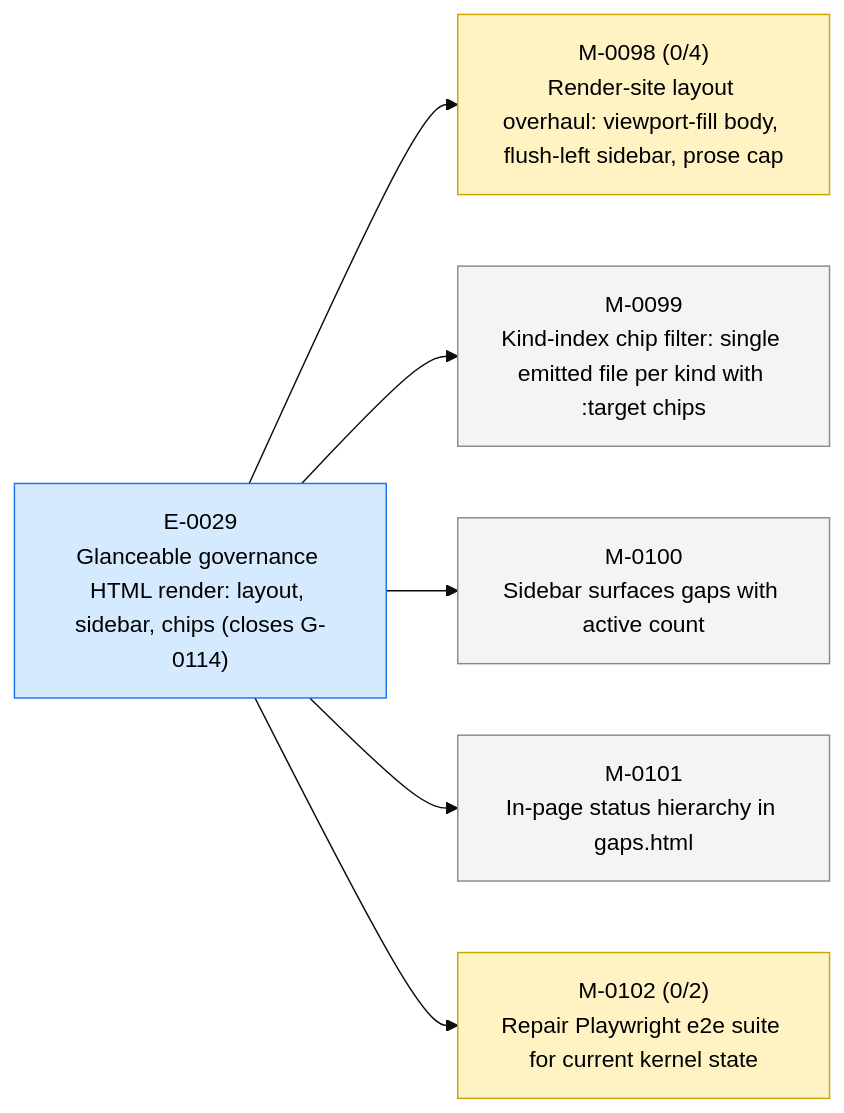
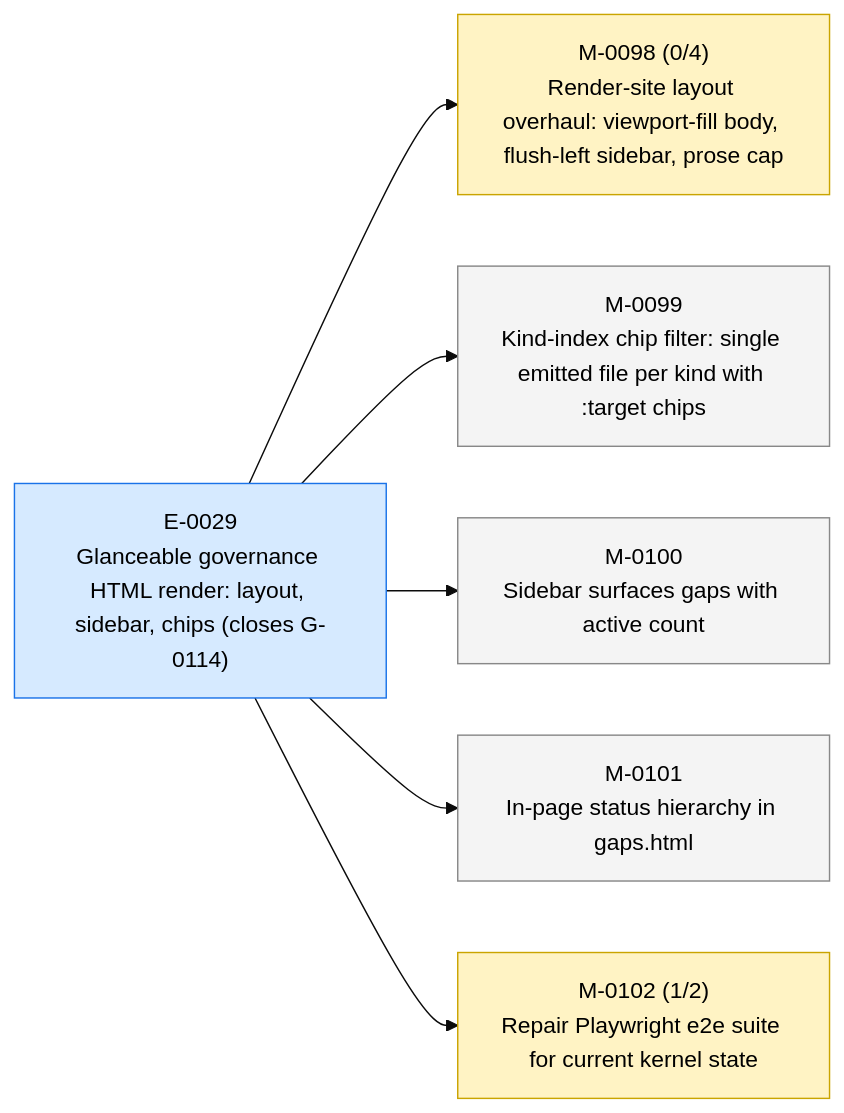
Before and after one commit to 23min/aiwf: the first of 3 diagrams in STATUS.md, drawn with Mermaid (base theme). The commit also changed other lines of this file and 1 other file, not shown here.

````diff
--- a/STATUS.md
+++ b/STATUS.md
@@ -17,20 +17,20 @@
 ```mermaid
 flowchart LR
   E_0029["E-0029<br/>Glanceable governance HTML render: layout, sidebar, chips (closes G-0114)"]:::epic_active
   M_0098["M-0098 (0/4)<br/>Render-site layout overhaul: viewport-fill body, flush-left sidebar, prose cap"]:::ms_in_progress
   E_0029 --> M_0098
   M_0099["M-0099<br/>Kind-index chip filter: single emitted file per kind with :target chips"]:::ms_draft
   E_0029 --> M_0099
   M_0100["M-0100<br/>Sidebar surfaces gaps with active count"]:::ms_draft
   E_0029 --> M_0100
   M_0101["M-0101<br/>In-page status hierarchy in gaps.html"]:::ms_draft
   E_0029 --> M_0101
-  M_0102["M-0102 (0/2)<br/>Repair Playwright e2e suite for current kernel state"]:::ms_in_progress
+  M_0102["M-0102 (1/2)<br/>Repair Playwright e2e suite for current kernel state"]:::ms_in_progress
   E_0029 --> M_0102
   classDef epic_active fill:#d6eaff,stroke:#1a73e8,color:#000
   classDef epic_proposed fill:#f4f4f4,stroke:#888,color:#000
   classDef ms_done fill:#d8f5d8,stroke:#2a8a2a,color:#000
   classDef ms_in_progress fill:#fff3c4,stroke:#caa400,color:#000
   classDef ms_draft fill:#f4f4f4,stroke:#888,color:#000
   classDef ms_cancelled fill:#fbeaea,stroke:#c33,color:#000
 ```
````
